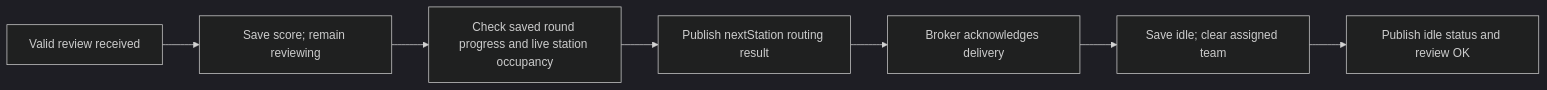
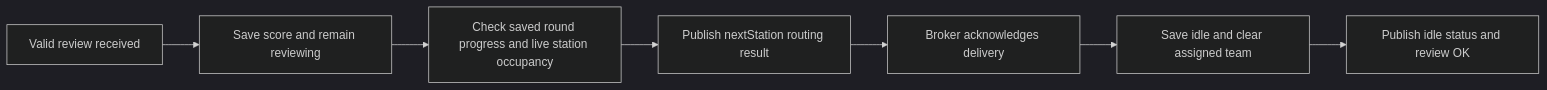
The third of 5 diagrams in README.md (GnomUltras/backend), drawn with Mermaid (dark theme) before and after one commit. The commit also changed other lines of this file and 3 other files, not shown here.

````diff
--- a/README.md
+++ b/README.md
@@ -161,9 +164,9 @@
 ```mermaid
 flowchart LR
-    R[Valid review received] --> S[Save score; remain reviewing]
+    R["Valid review received"] --> S["Save score and remain reviewing"]
     S --> D[Check saved round progress and live station occupancy]
     D --> N[Publish nextStation routing result]
     N --> A[Broker acknowledges delivery]
-    A --> I[Save idle; clear assigned team]
+    A --> I["Save idle and clear assigned team"]
     I --> O[Publish idle status and review OK]
 ```
````
